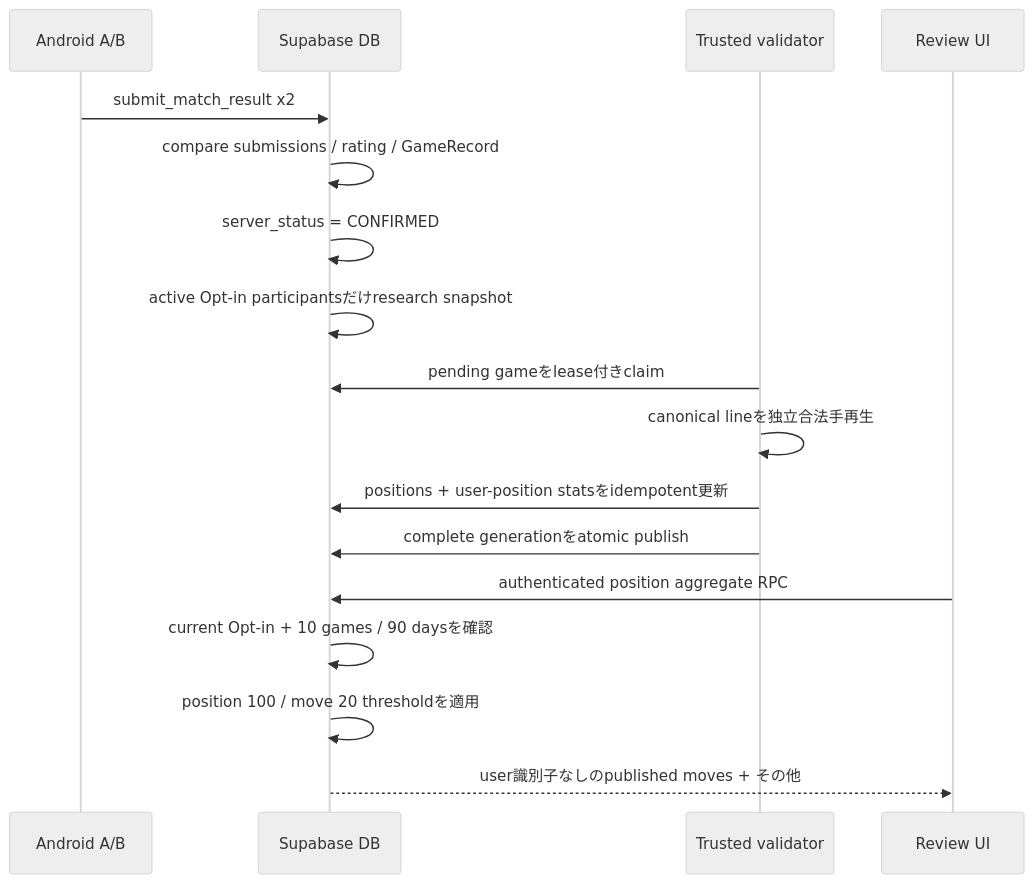
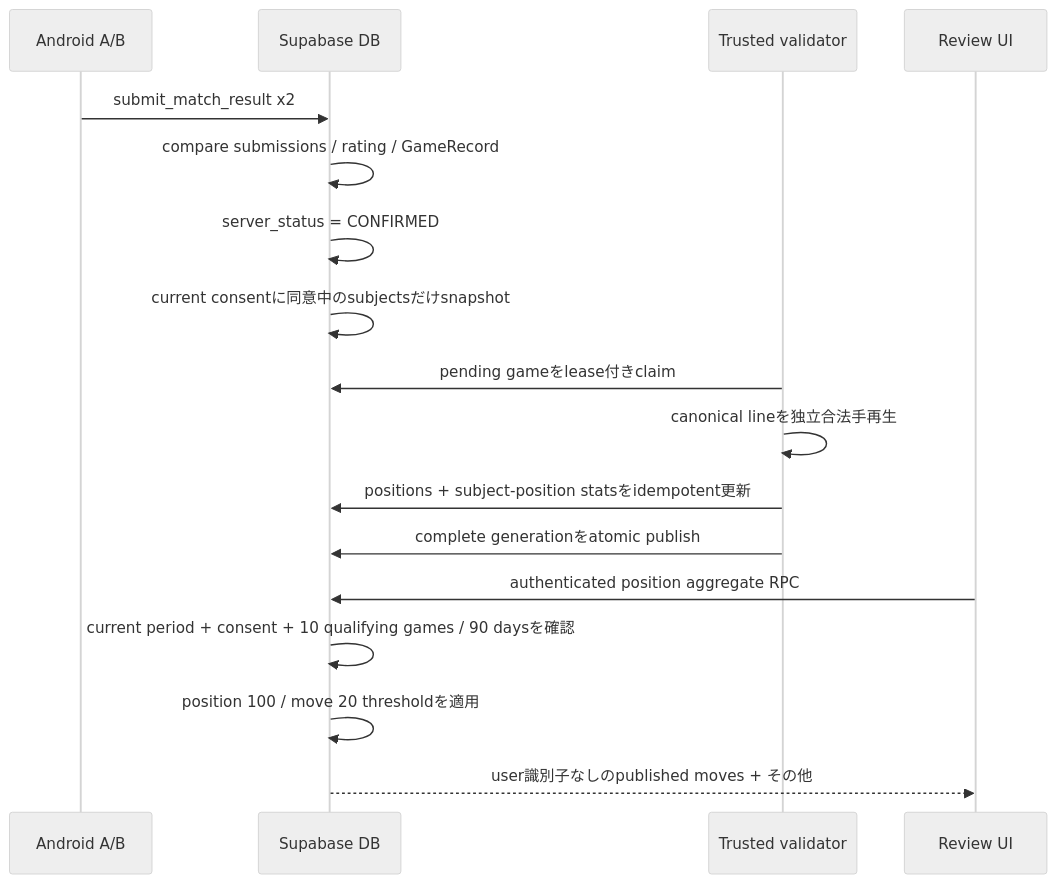
The second of 2 diagrams in docs/RESEARCH_DATA_DESIGN.md (shinp-dev/othello), drawn with Mermaid (neutral theme) before and after one commit. The commit also changed other lines of this file, not shown here.

````diff
--- a/docs/RESEARCH_DATA_DESIGN.md
+++ b/docs/RESEARCH_DATA_DESIGN.md
@@ -349,20 +380,20 @@
 ```mermaid
 sequenceDiagram
     participant A as Android A/B
     participant DB as Supabase DB
     participant W as Trusted validator
     participant UI as Review UI
 
     A->>DB: submit_match_result x2
     DB->>DB: compare submissions / rating / GameRecord
     DB->>DB: server_status = CONFIRMED
-    DB->>DB: active Opt-in participantsだけresearch snapshot
+    DB->>DB: current consentに同意中のsubjectsだけsnapshot
     W->>DB: pending gameをlease付きclaim
     W->>W: canonical lineを独立合法手再生
-    W->>DB: positions + user-position statsをidempotent更新
+    W->>DB: positions + subject-position statsをidempotent更新
     W->>DB: complete generationをatomic publish
     UI->>DB: authenticated position aggregate RPC
-    DB->>DB: current Opt-in + 10 games / 90 daysを確認
+    DB->>DB: current period + consent + 10 qualifying games / 90 daysを確認
     DB->>DB: position 100 / move 20 thresholdを適用
     DB-->>UI: user識別子なしのpublished moves + その他
 ```
````
